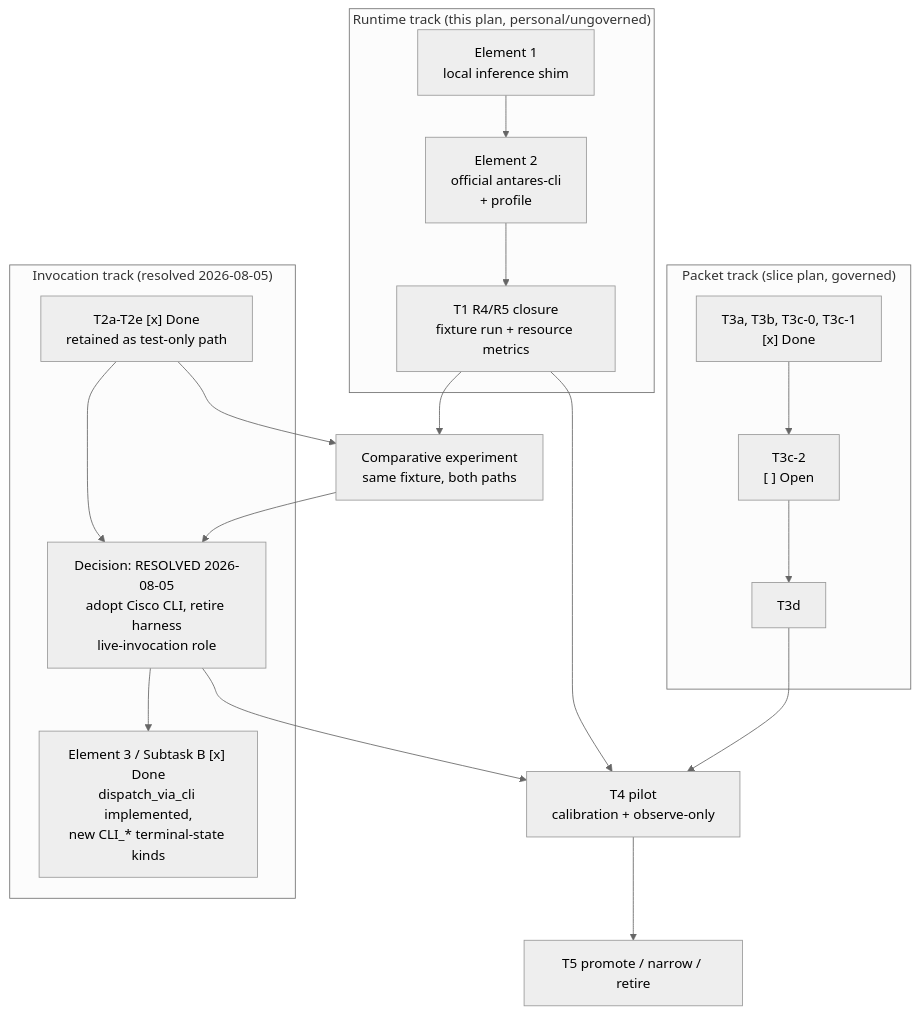
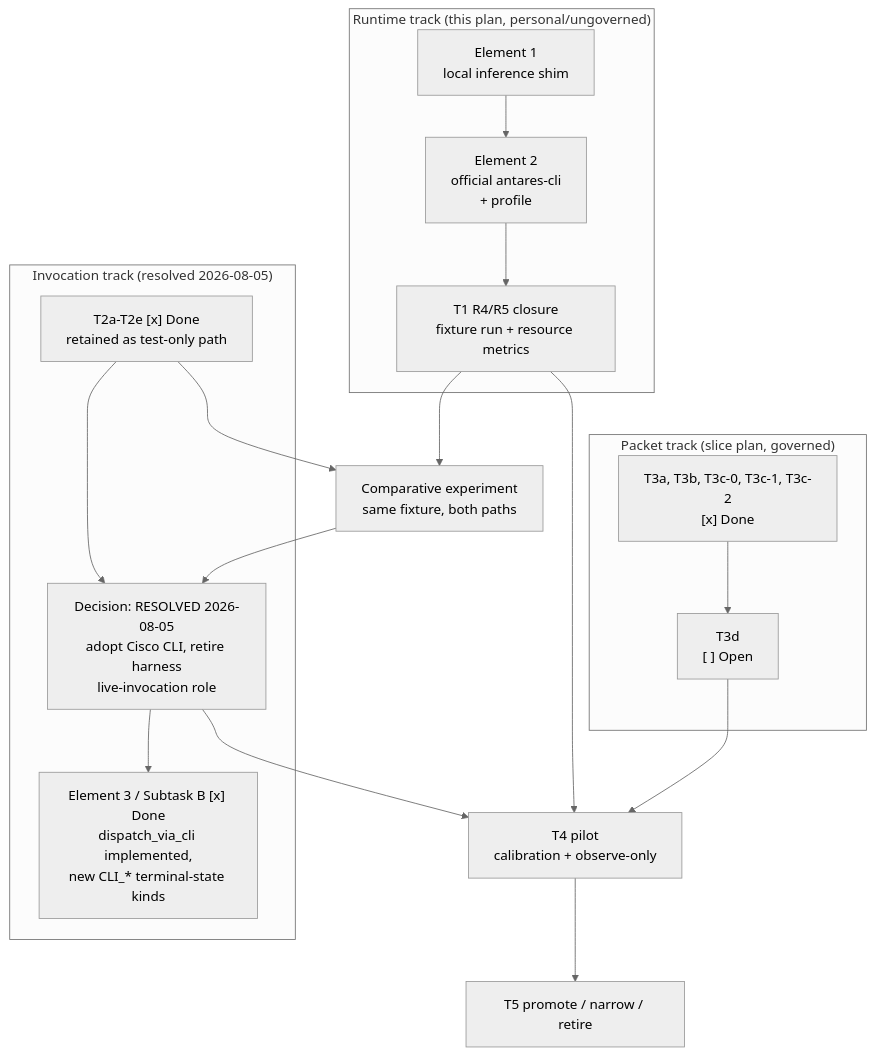
The second of 2 diagrams in docs/plan/antares-local-runtime-adoption.md (krukmat/dubbridge), drawn with Mermaid (neutral theme) before and after one commit. The commit also changed other lines of this file and 19 other files, not shown here.

````diff
--- a/docs/plan/antares-local-runtime-adoption.md
+++ b/docs/plan/antares-local-runtime-adoption.md
@@ -353,27 +353,27 @@
 ```mermaid
 flowchart TB
     subgraph runtime["Runtime track (this plan, personal/ungoverned)"]
         E1["Element 1\nlocal inference shim"] --> E2["Element 2\nofficial antares-cli\n+ profile"]
         E2 --> R45["T1 R4/R5 closure\nfixture run + resource metrics"]
     end
 
     subgraph packet["Packet track (slice plan, governed)"]
-        T3done["T3a, T3b, T3c-0, T3c-1\n[x] Done"] --> T3c2["T3c-2\n[ ] Open"] --> T3d["T3d"]
+        T3done["T3a, T3b, T3c-0, T3c-1, T3c-2\n[x] Done"] --> T3d["T3d\n[ ] Open"]
     end
 
     subgraph invoke["Invocation track (resolved 2026-08-05)"]
         T2["T2a-T2e [x] Done\nretained as test-only path"]
         DEC["Decision: RESOLVED 2026-08-05\nadopt Cisco CLI, retire harness\nlive-invocation role"]
         T2 --> DEC
         E3["Element 3 / Subtask B [x] Done\ndispatch_via_cli implemented,\nnew CLI_* terminal-state kinds"]
         DEC --> E3
     end
 
     R45 --> EXP["Comparative experiment\nsame fixture, both paths"]
     T2 --> EXP
     EXP --> DEC
     R45 --> T4["T4 pilot\ncalibration + observe-only"]
     T3d --> T4
     DEC --> T4
     T4 --> T5["T5 promote / narrow / retire"]
 ```
````
